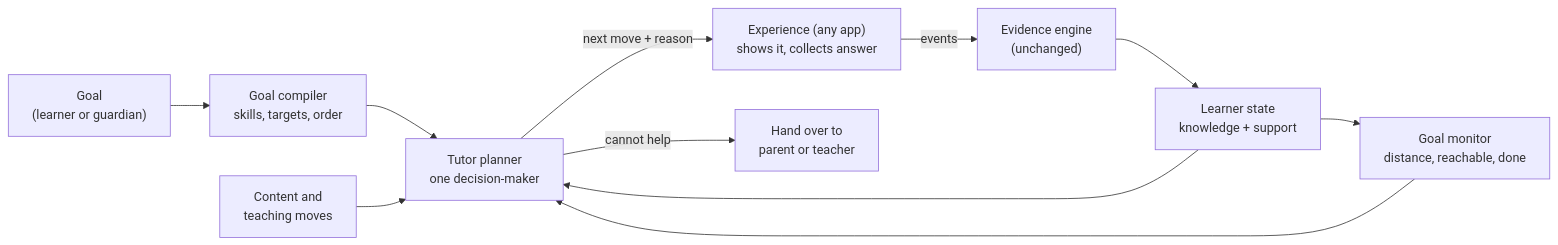
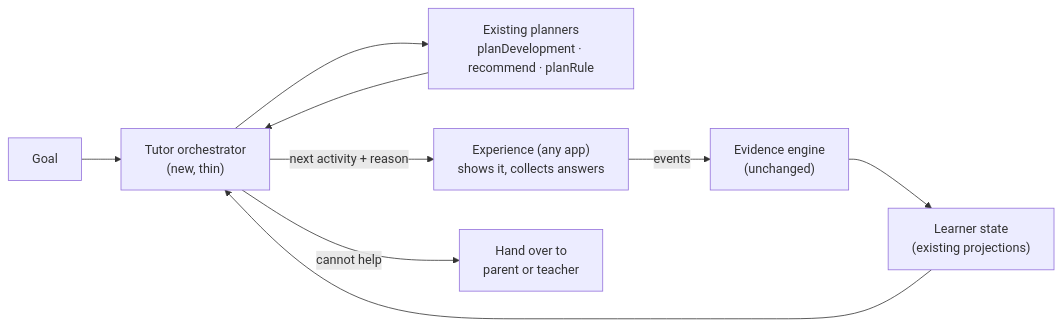
Before and after one commit to premsethutmc/openpath: the diagram in docs/tutor/AUTONOMOUS_TUTOR_ARCHITECTURE.md, drawn with Mermaid. The commit also changed other lines of this file and 1 other file, not shown here.

First line of the commit message:
docs: tutor architecture revision 2 (owner review)

````diff
--- a/docs/tutor/AUTONOMOUS_TUTOR_ARCHITECTURE.md
+++ b/docs/tutor/AUTONOMOUS_TUTOR_ARCHITECTURE.md
@@ -135,13 +118,11 @@
 ```mermaid
 flowchart LR
-    G["Goal<br/>(learner or guardian)"] --> GC["Goal compiler<br/>skills, targets, order"]
-    GC --> TP["Tutor planner<br/>one decision-maker"]
-    LS["Learner state<br/>knowledge + support"] --> TP
-    CT["Content and<br/>teaching moves"] --> TP
-    TP -->|"next move + reason"| EX["Experience (any app)<br/>shows it, collects answer"]
+    G["Goal"] --> TP["Tutor orchestrator<br/>(new, thin)"]
+    LS["Learner state<br/>(existing projections)"] --> TP
+    TP --> P["Existing planners<br/>planDevelopment · recommend · planRule"]
+    P --> TP
+    TP -->|"next activity + reason"| EX["Experience (any app)<br/>shows it, collects answers"]
     EX -->|"events"| EV["Evidence engine<br/>(unchanged)"]
     EV --> LS
-    LS --> GM["Goal monitor<br/>distance, reachable, done"]
-    GM --> TP
     TP -->|"cannot help"| H["Hand over to<br/>parent or teacher"]
 ```
````
